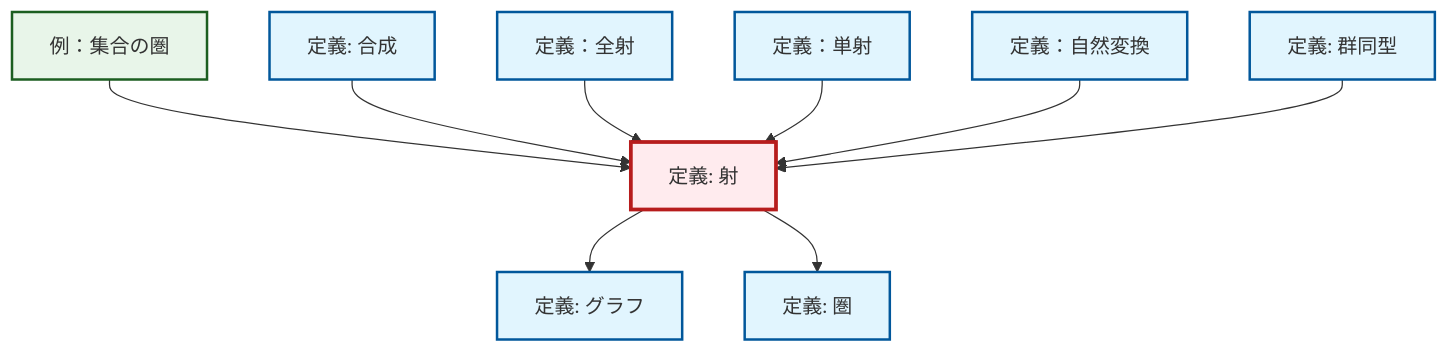
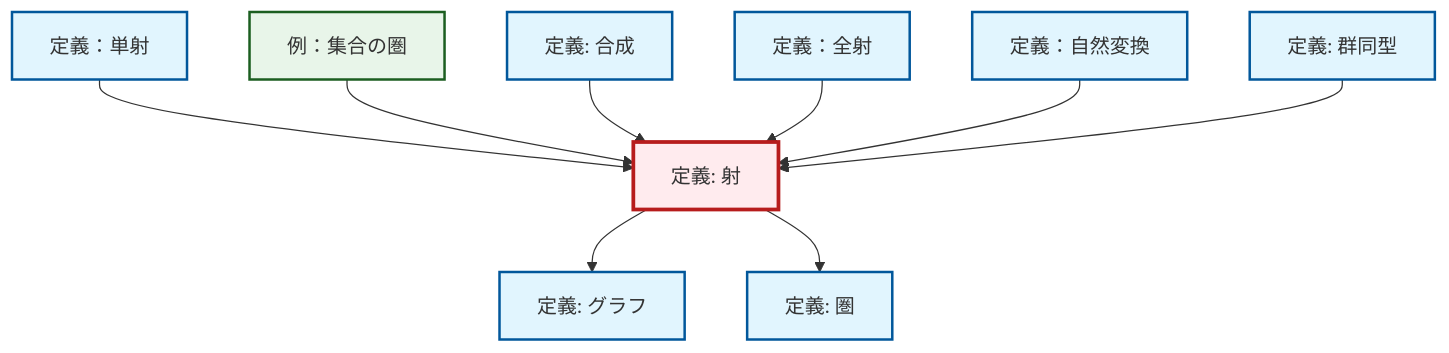
One commit to RK0429/ModernMath changed the diagram in content/ja/category-theory/def-morphism.qmd. Above: the diagram before and after it, drawn with Mermaid. The commit also changed other lines of this file and 1012 other files, not shown here.

````diff
--- a/content/ja/category-theory/def-morphism.qmd
+++ b/content/ja/category-theory/def-morphism.qmd
@@ -57,35 +57,35 @@
 ```{mermaid}
 %%| fig-cap: "Local dependency graph"
 graph TD
     classDef definition fill:#e1f5fe,stroke:#01579b,stroke-width:2px
     classDef theorem fill:#f3e5f5,stroke:#4a148c,stroke-width:2px
     classDef axiom fill:#fff3e0,stroke:#e65100,stroke-width:2px
     classDef example fill:#e8f5e9,stroke:#1b5e20,stroke-width:2px
     classDef current fill:#ffebee,stroke:#b71c1c,stroke-width:3px
-    def-monomorphism["定義：単射"]:::definition
+    def-natural-transformation["定義：自然変換"]:::definition
+    def-isomorphism["定義: 群同型"]:::definition
+    def-composition["定義: 合成"]:::definition
     def-category["定義: 圏"]:::definition
     def-graph["定義: グラフ"]:::definition
+    def-monomorphism["定義：単射"]:::definition
+    def-morphism["定義: 射"]:::definition
+    ex-set-category["例：集合の圏"]:::example
     def-epimorphism["定義：全射"]:::definition
-    def-isomorphism["定義: 群同型"]:::definition
-    def-natural-transformation["定義：自然変換"]:::definition
-    def-composition["定義: 合成"]:::definition
-    ex-set-category["例：集合の圏"]:::example
-    def-morphism["定義: 射"]:::definition
+    def-monomorphism --> def-morphism
     ex-set-category --> def-morphism
     def-composition --> def-morphism
-    def-epimorphism --> def-morphism
-    def-monomorphism --> def-morphism
-    def-natural-transformation --> def-morphism
     def-morphism --> def-graph
     def-morphism --> def-category
+    def-epimorphism --> def-morphism
+    def-natural-transformation --> def-morphism
     def-isomorphism --> def-morphism
     class def-morphism current
-    click def-monomorphism "def-monomorphism.html" "定義：単射へ"
+    click def-natural-transformation "def-natural-transformation.html" "定義：自然変換へ"
+    click def-isomorphism "def-isomorphism.html" "群同型の定義へ"
+    click def-composition "def-composition.html" "合成の定義へ"
     click def-category "def-category.html" "圏の定義へ"
     click def-graph "def-graph.html" "グラフの定義へ"
+    click def-monomorphism "def-monomorphism.html" "定義：単射へ"
+    click ex-set-category "ex-set-category.html" "例：集合の圏へ"
     click def-epimorphism "def-epimorphism.html" "定義：全射へ"
-    click def-isomorphism "def-isomorphism.html" "群同型の定義へ"
-    click def-natural-transformation "def-natural-transformation.html" "定義：自然変換へ"
-    click def-composition "def-composition.html" "合成の定義へ"
-    click ex-set-category "ex-set-category.html" "例：集合の圏へ"
 ```
````
